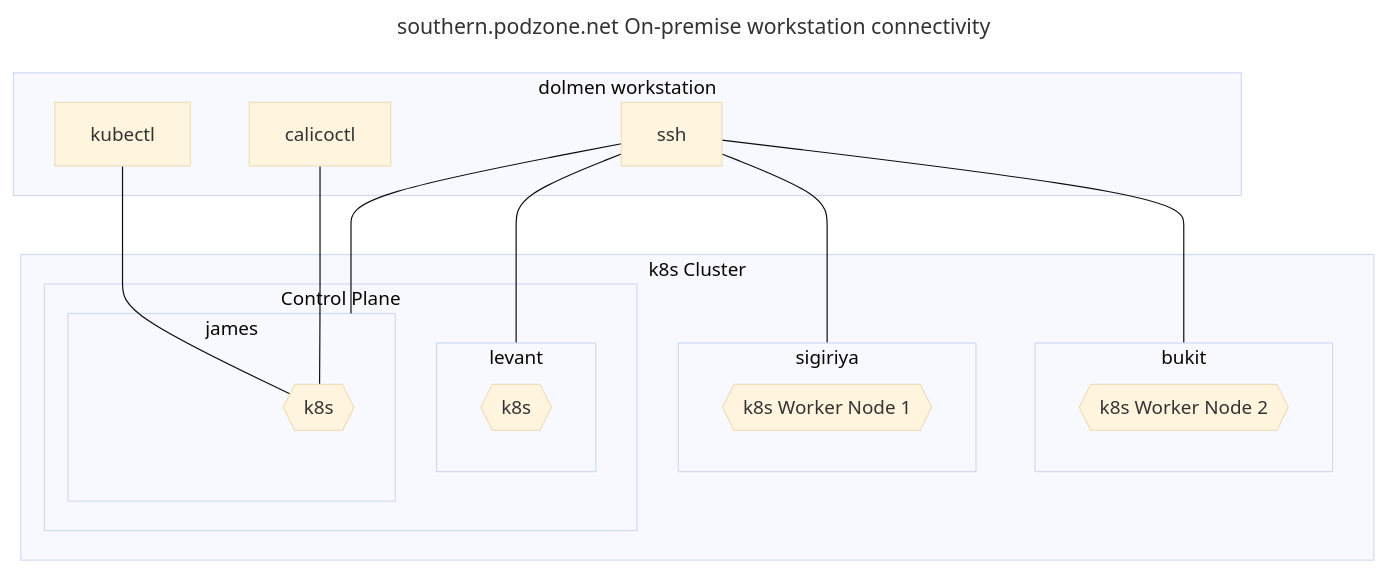
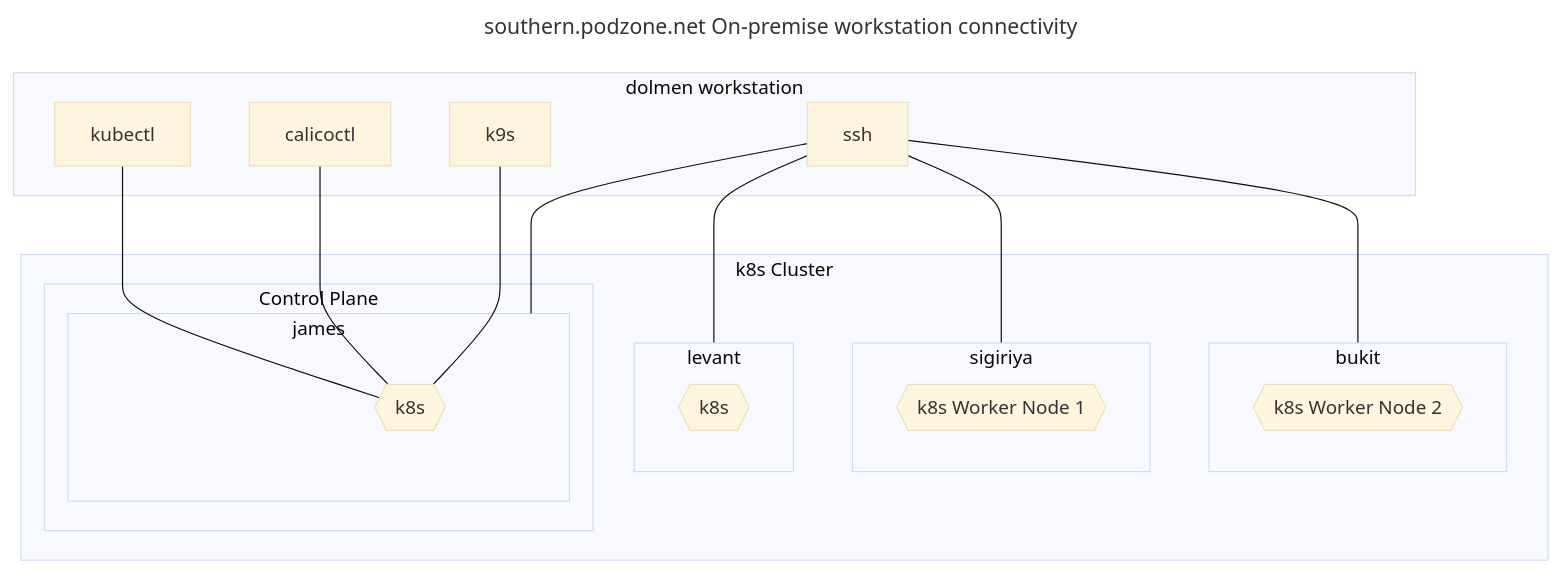
One commit to MoTTTT/QApps changed the fourth of 4 diagrams in README.md. Above: the diagram before and after it, drawn with Mermaid (base theme). The commit also changed other lines of this file and 25 other files, not shown here.

````diff
--- a/README.md
+++ b/README.md
@@ -245,36 +251,38 @@
 ```mermaid
 ---
 title: southern.podzone.net On-premise workstation connectivity
 ---
 graph TD
  
 kubectl --- microk8sW2
 calicoctl --- microk8sW2
+k9s --- microk8sW2
 ssh --- james
 ssh --- levant
 ssh --- sigiriya
 ssh --- bukit
 
       subgraph dolmen workstation
         kubectl
         calicoctl
         ssh
+        k9s
       end
 
       subgraph k8s Cluster
         subgraph Control Plane
-          subgraph levant
-            microk8sC1{{k8s}}
-          end
           subgraph james
             microk8sW2{{k8s}}
           end
         end
         subgraph sigiriya
           microk8sW1{{k8s Worker Node 1}}
         end
         subgraph bukit
           microk8sC2{{k8s Worker Node 2}}
         end
+          subgraph levant
+            microk8sC1{{k8s}}
+          end
       end
 ```
````
